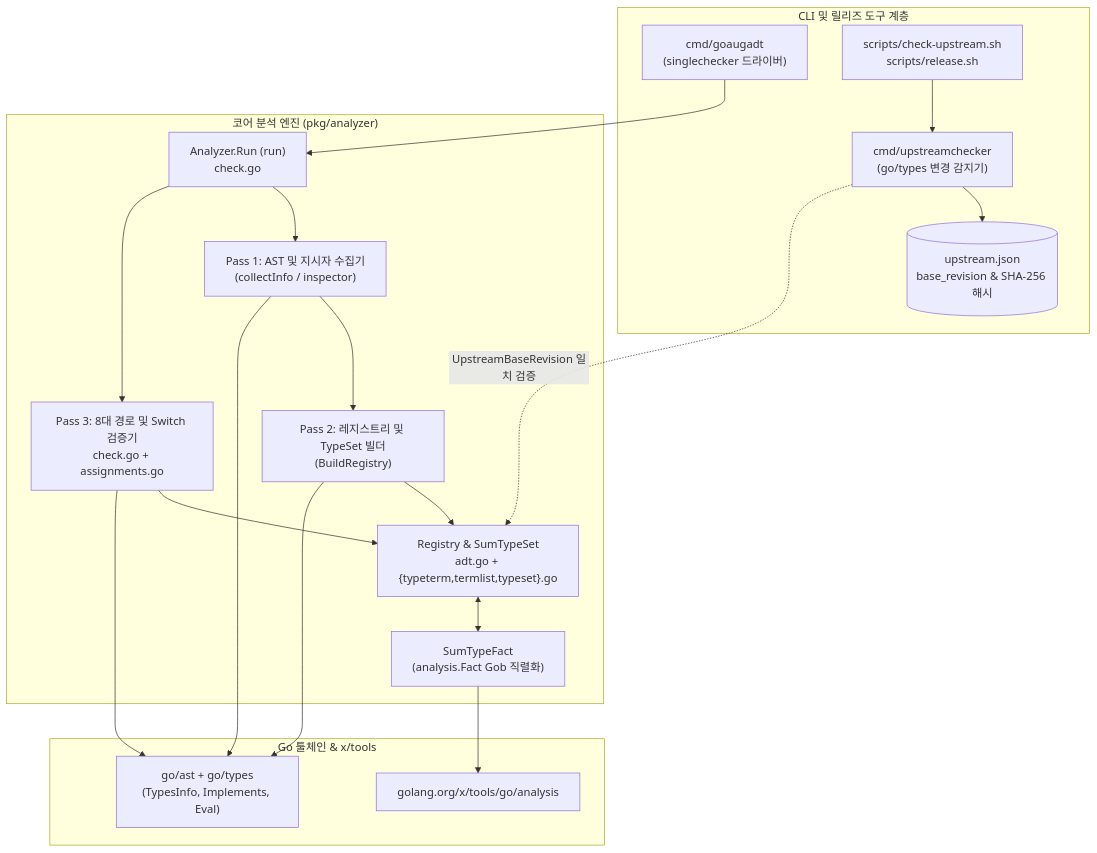
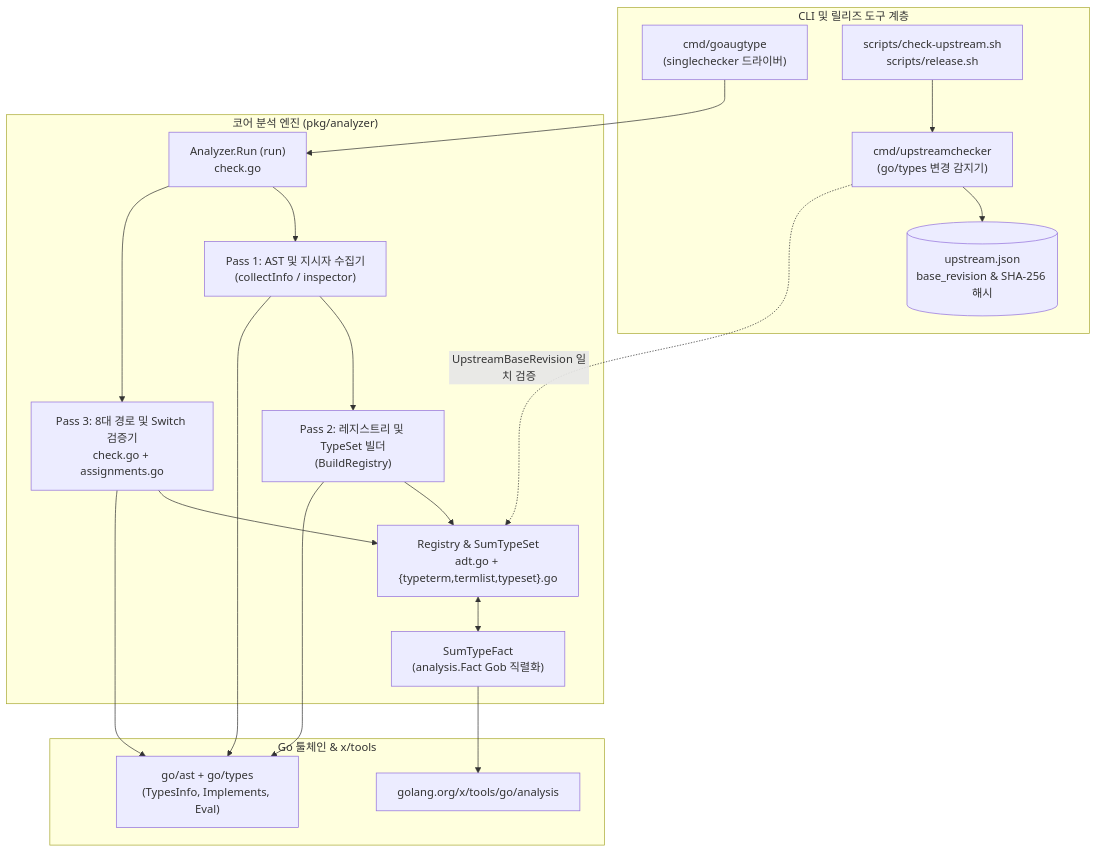
The first of 7 diagrams in docs/ARCHITECTURE.ko.md (routis819/goaugtype), drawn with Mermaid before and after one commit. The commit also changed other lines of this file and 19 other files, not shown here.

Commit message:
feat!: unify CLI binary to cmd/goaugtype and adopt //goaugtype:sum directive (#17)

````diff
--- a/docs/ARCHITECTURE.ko.md
+++ b/docs/ARCHITECTURE.ko.md
@@ -20,40 +20,40 @@
 ```mermaid
 flowchart TB
     subgraph Tooling["CLI 및 릴리즈 도구 계층"]
-        CLI["cmd/goaugadt<br/>(singlechecker 드라이버)"]
+        CLI["cmd/goaugtype<br/>(singlechecker 드라이버)"]
         UCheck["cmd/upstreamchecker<br/>(go/types 변경 감지기)"]
         Scripts["scripts/check-upstream.sh<br/>scripts/release.sh"]
         UJSON[("upstream.json<br/>base_revision & SHA-256 해시")]
     end
 
     subgraph Engine["코어 분석 엔진 (pkg/analyzer)"]
         Entry["Analyzer.Run (run)<br/>check.go"]
         Collector["Pass 1: AST 및 지시자 수집기<br/>(collectInfo / inspector)"]
         Builder["Pass 2: 레지스트리 및 TypeSet 빌더<br/>(BuildRegistry)"]
         Registry["Registry & SumTypeSet<br/>adt.go + {typeterm,termlist,typeset}.go"]
         Checker["Pass 3: 8대 경로 및 Switch 검증기<br/>check.go + assignments.go"]
         Facts["SumTypeFact<br/>(analysis.Fact Gob 직렬화)"]
     end
 
     subgraph GoStd["Go 툴체인 & x/tools"]
         GoAnalysis["golang.org/x/tools/go/analysis"]
         GoTypes["go/ast + go/types<br/>(TypesInfo, Implements, Eval)"]
     end
 
     CLI --> Entry
     Scripts --> UCheck
     UCheck --> UJSON
     UCheck -. "UpstreamBaseRevision 일치 검증" .-> Registry
 
     Entry --> Collector
     Collector --> Builder
     Builder --> Registry
     Registry <--> Facts
     Entry --> Checker
     Checker --> Registry
 
     Collector --> GoTypes
     Builder --> GoTypes
     Checker --> GoTypes
     Facts --> GoAnalysis
 ```
````
